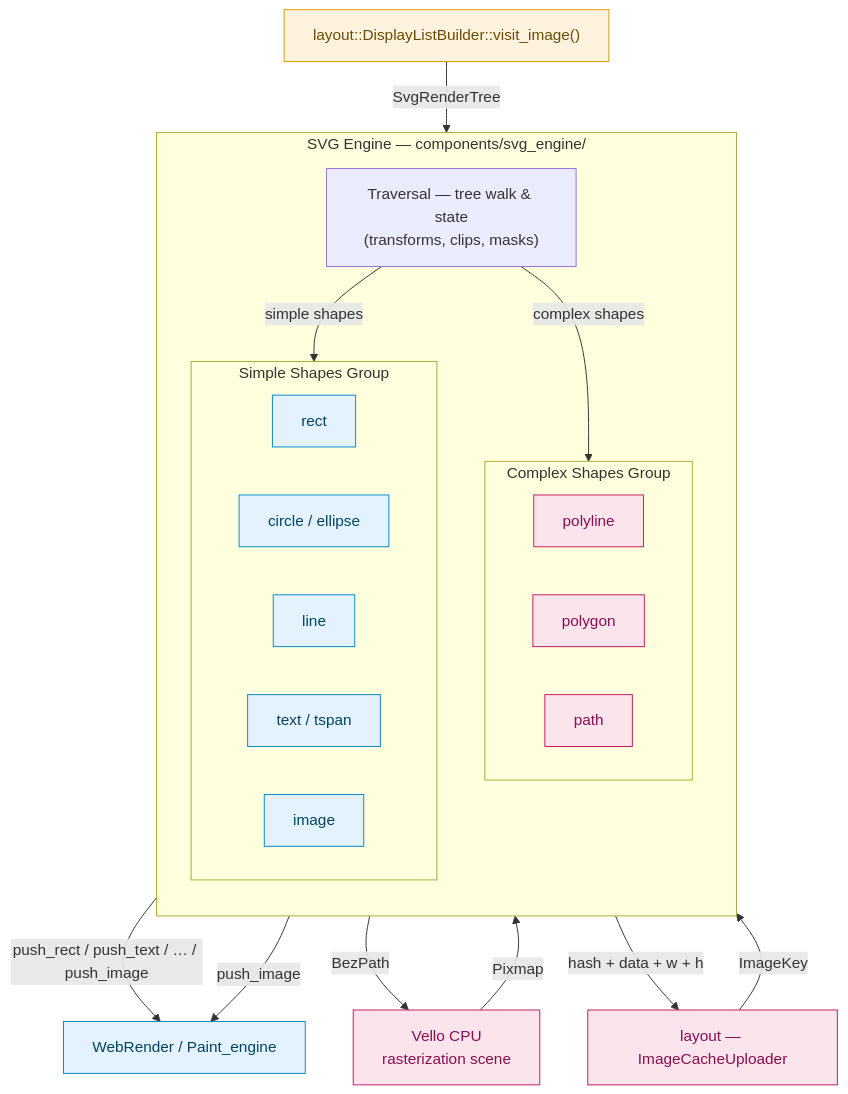
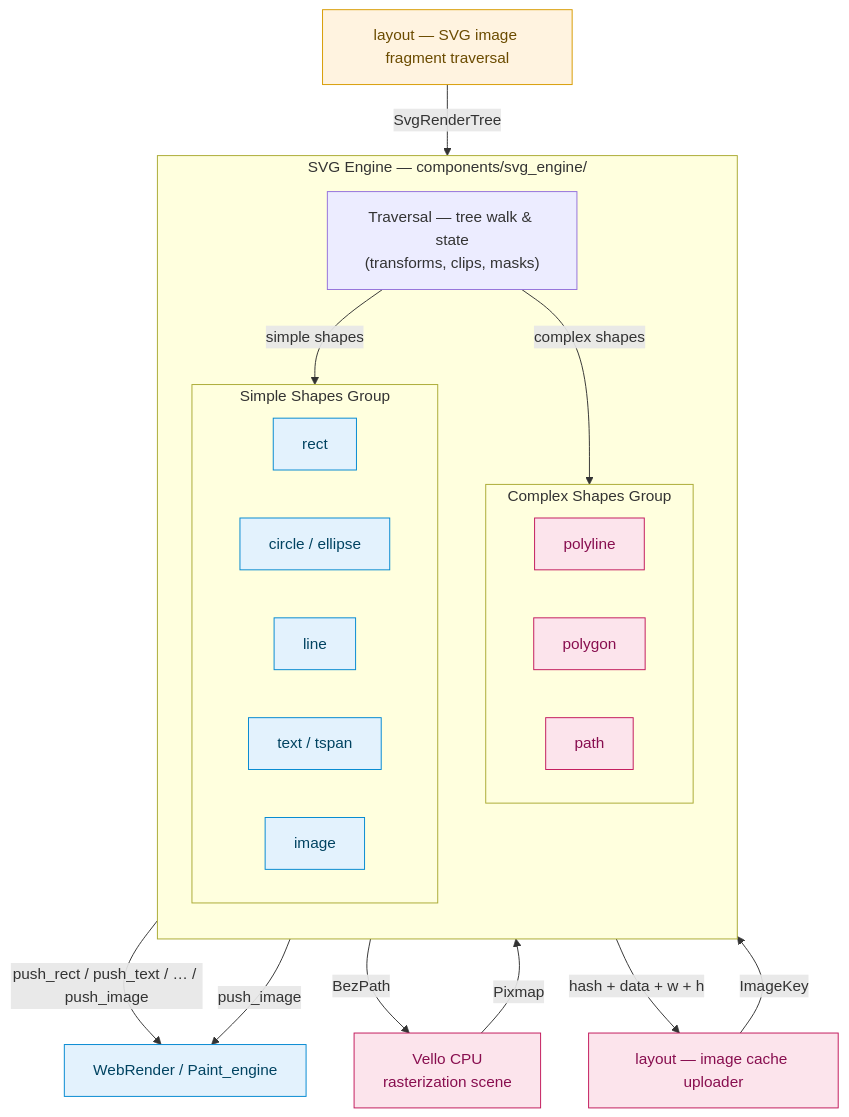
Before and after one commit to mu-mostafa98/servo: the second of 7 diagrams in components/svg_engine/README.md, drawn with Mermaid. The commit also changed other lines of this file, not shown here.

````diff
--- a/components/svg_engine/README.md
+++ b/components/svg_engine/README.md
@@ -157,44 +157,44 @@
 ```mermaid
 flowchart TB
     classDef entry fill:#fff3e0,stroke:#d79b00,color:#6b4b00
     classDef native fill:#e3f2fd,stroke:#0288d1,color:#014361
     classDef vello fill:#fce4ec,stroke:#c2185b,color:#880e4f
 
-    IL["layout::DisplayListBuilder::visit_image()"]:::entry
+    IL["layout — SVG image fragment traversal"]:::entry
 
     subgraph ENG["SVG Engine — components/svg_engine/"]
         direction TB
         TRAV["Traversal — tree walk & state<br/>(transforms, clips, masks)"]
 
         subgraph COMPLEX["Complex Shapes Group"]
             direction LR
             POLYLINE["polyline"]:::vello
             POLYGON["polygon"]:::vello
             PATH["path"]:::vello
         end
 
         subgraph SIMPLE["Simple Shapes Group"]
             direction LR
             RECT["rect"]:::native
             CIRC["circle / ellipse"]:::native
             LINE["line"]:::native
             TEXT["text / tspan"]:::native
             IMG["image"]:::native
         end
 
         TRAV -->|"complex shapes"| COMPLEX
         TRAV -->|"simple shapes"| SIMPLE
     end
 
     WR["WebRender / Paint_engine"]:::native
     VELLO["Vello CPU<br/>rasterization scene"]:::vello
-    UPLOAD["layout — ImageCacheUploader"]:::vello
+    UPLOAD["layout — image cache uploader"]:::vello
 
     IL -->|"SvgRenderTree"| TRAV
     SIMPLE -->|"push_rect / push_text / … / push_image"| WR
     COMPLEX -->|"BezPath"| VELLO
     VELLO -->|"Pixmap"| COMPLEX
     COMPLEX -->|"hash + data + w + h"| UPLOAD
     UPLOAD -->|"ImageKey"| COMPLEX
     COMPLEX -->|"push_image"| WR
 ```
````
